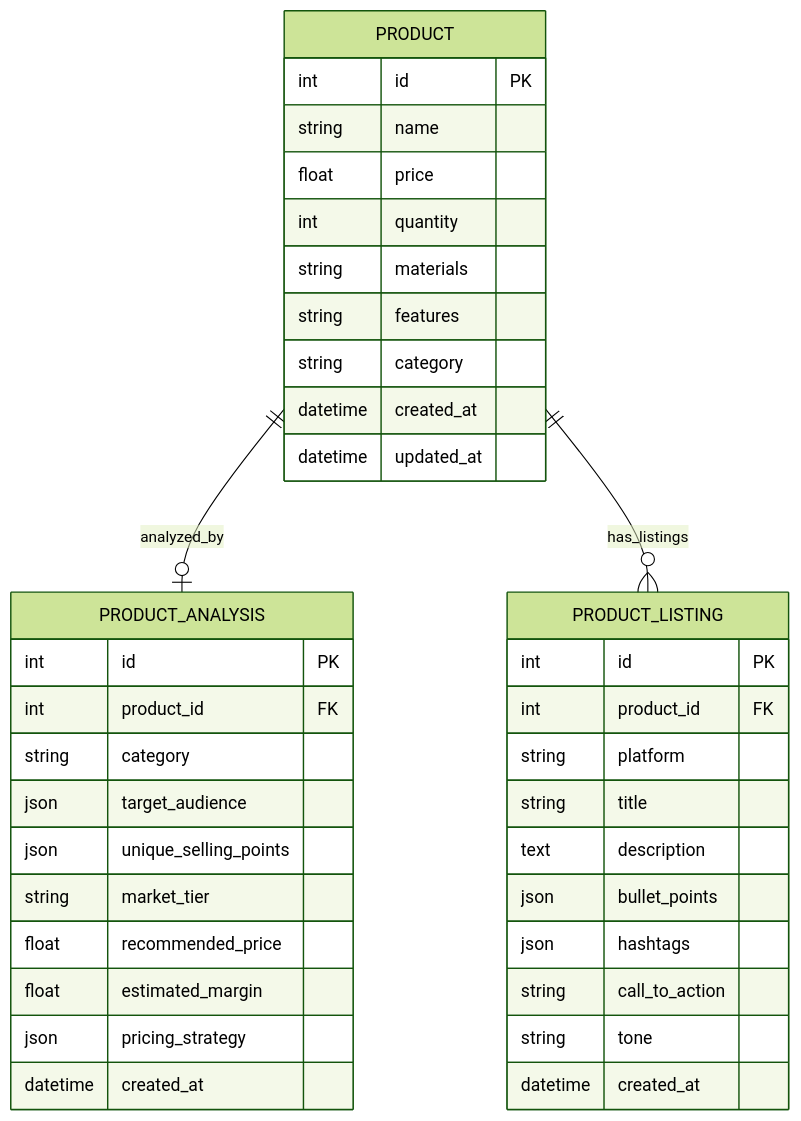
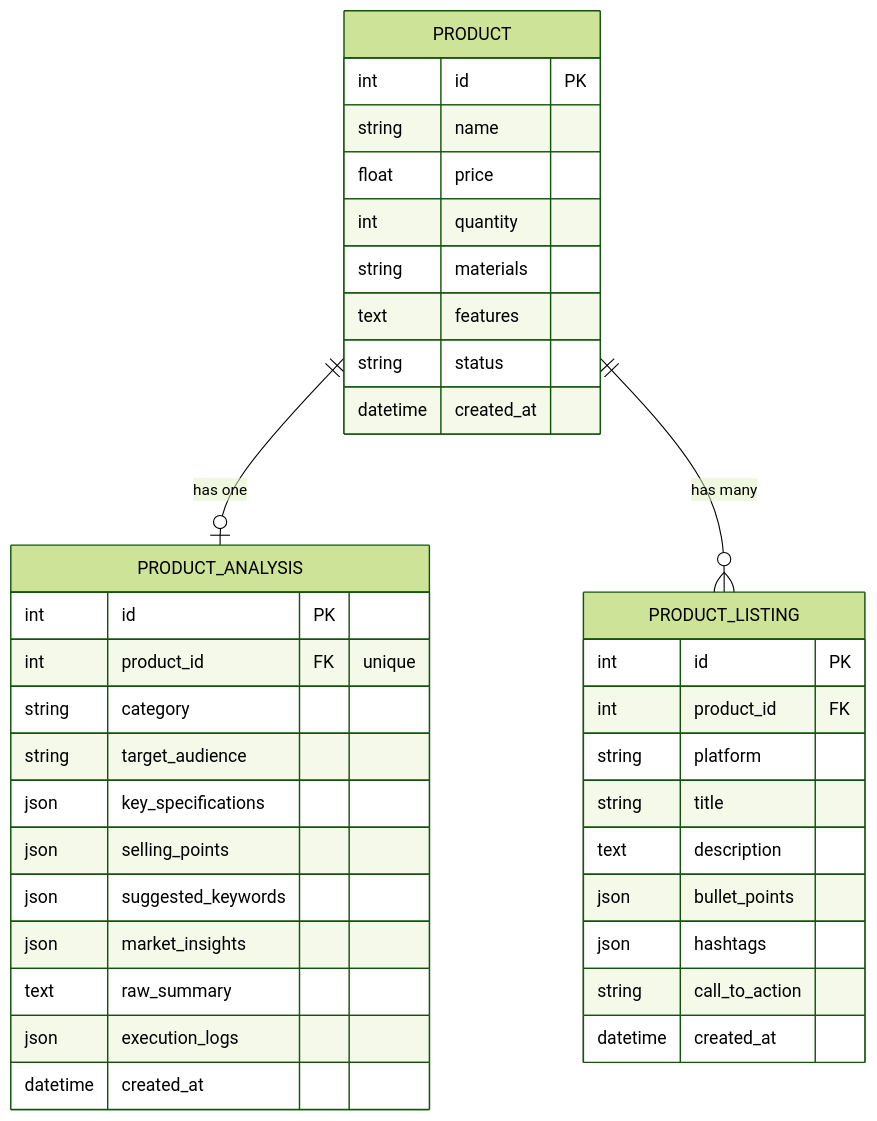
One commit to BenaiahAsis/online-seller-assistant changed the second of 4 diagrams in docs/SYSTEM_ARCHITECTURE.md. Above: the diagram before and after it, drawn with Mermaid (forest theme). The commit also changed other lines of this file and 3 other files, not shown here.

First line of the commit message:
docs: align README and architecture doc with the implemented system

````diff
--- a/docs/SYSTEM_ARCHITECTURE.md
+++ b/docs/SYSTEM_ARCHITECTURE.md
@@ -100,43 +84,42 @@
 ```mermaid
 erDiagram
-    PRODUCT ||--o| PRODUCT_ANALYSIS : "analyzed_by"
-    PRODUCT ||--o{ PRODUCT_LISTING : "has_listings"
+    PRODUCT ||--o| PRODUCT_ANALYSIS : "has one"
+    PRODUCT ||--o{ PRODUCT_LISTING : "has many"
 
     PRODUCT {
         int id PK
         string name
         float price
         int quantity
         string materials
-        string features
-        string category
+        text features
+        string status
         datetime created_at
-        datetime updated_at
     }
 
     PRODUCT_ANALYSIS {
         int id PK
-        int product_id FK
+        int product_id FK "unique"
         string category
-        json target_audience
-        json unique_selling_points
-        string market_tier
-        float recommended_price
-        float estimated_margin
-        json pricing_strategy
+        string target_audience
+        json key_specifications
+        json selling_points
+        json suggested_keywords
+        json market_insights
+        text raw_summary
+        json execution_logs
         datetime created_at
     }
 
     PRODUCT_LISTING {
         int id PK
         int product_id FK
         string platform
         string title
         text description
         json bullet_points
         json hashtags
         string call_to_action
-        string tone
         datetime created_at
     }
 ```
````
